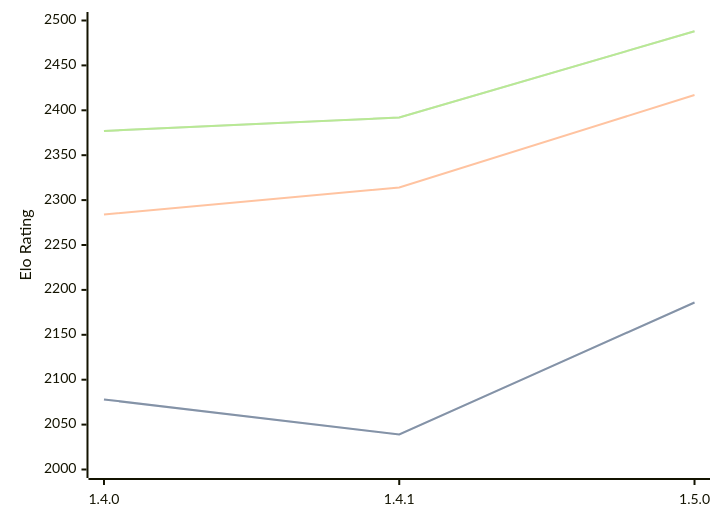
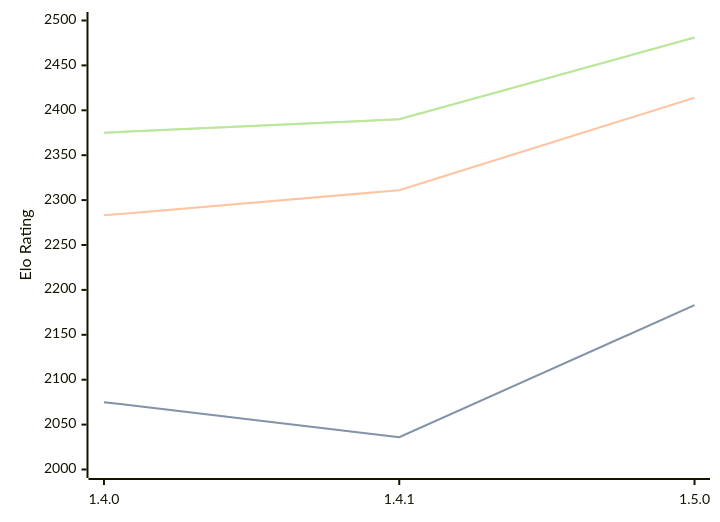
One commit to computer-chess-index/cci changed the diagram in engines/Tofiks.md. Above: the diagram before and after it, drawn with Mermaid. The commit also changed other lines of this file, not shown here.

Commit message:
Update CCI Ratings (ELO VLTC) - 2026-06-08

````diff
--- a/engines/Tofiks.md
+++ b/engines/Tofiks.md
@@ -37,11 +37,11 @@
 ```mermaid
 %%{init: {"theme":"base","themeVariables":{"seriesColors:['#a3a3a3','#222221','#faa371']}}}%%
 xychart-beta
   x-axis ["1.4.0", "1.4.1", "1.5.0"]
   y-axis "Elo Rating" 2000 --> 2500
-  line "STC (8.0+0.08s)" [2078, 2039, 2186]
-  line "STC (8.0+0.08s)" [2078, 2039, 2186]
-  line "LTC (60.0+0.60s)" [2284, 2314, 2417]
-  line "VLTC (2m24s+1.12s)" [2377, 2392, 2488]
-  line "VLTC (2m24s+1.12s)" [2377, 2392, 2488]
+  line "STC (8.0+0.08s)" [2075, 2036, 2183]
+  line "STC (8.0+0.08s)" [2075, 2036, 2183]
+  line "LTC (60.0+0.60s)" [2283, 2311, 2414]
+  line "VLTC (2m24s+1.12s)" [2375, 2390, 2481]
+  line "VLTC (2m24s+1.12s)" [2375, 2390, 2481]
 ```
````
